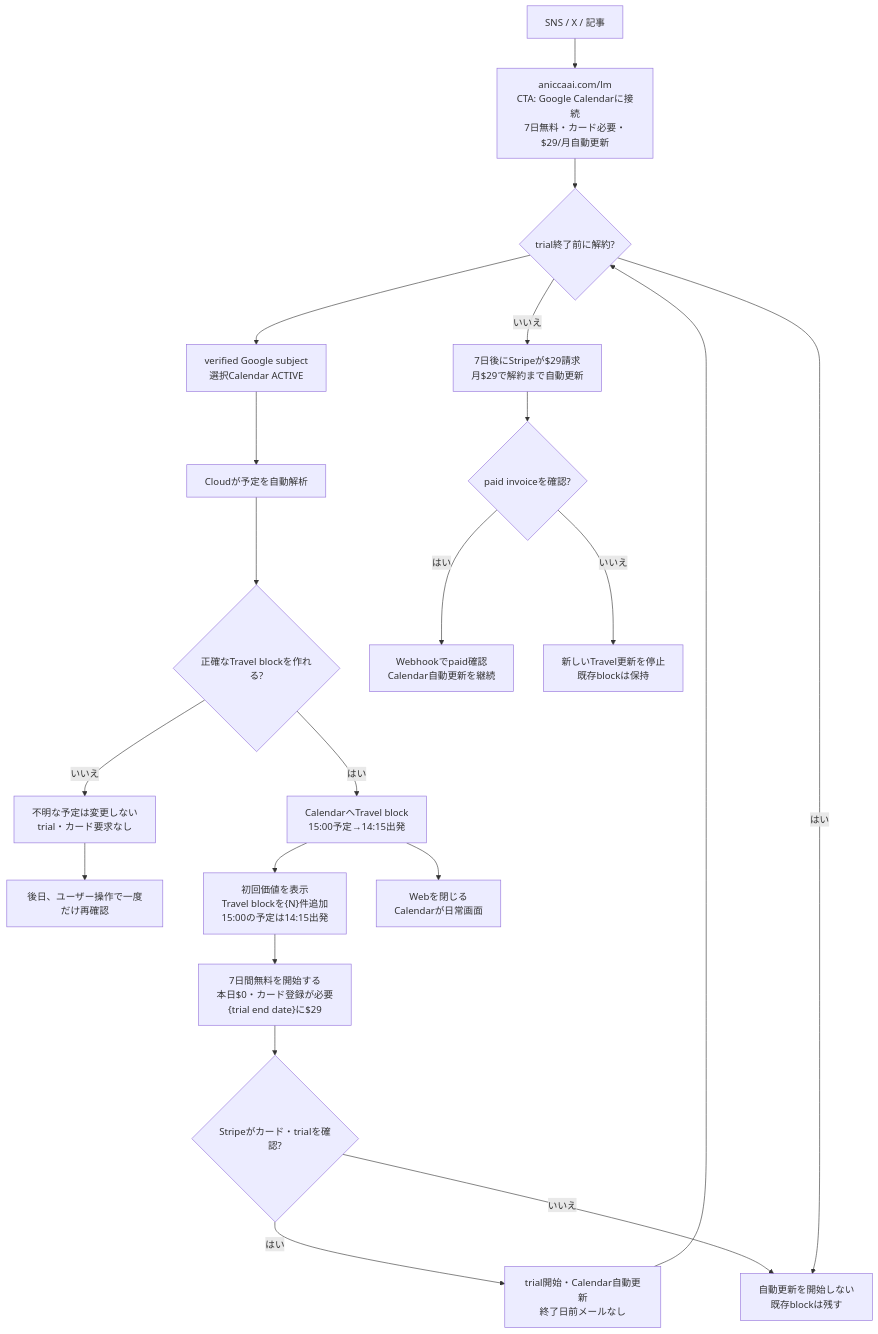
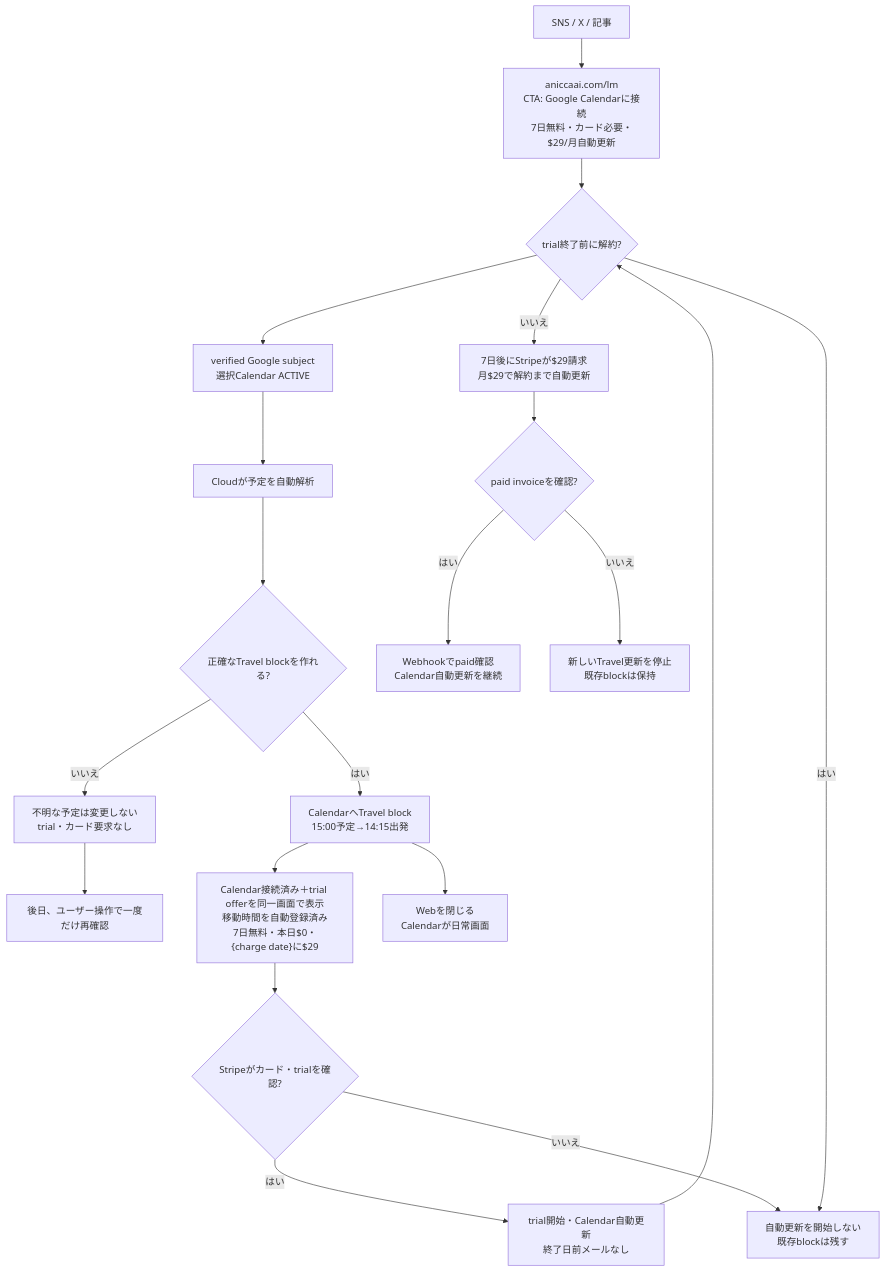
The diagram in docs/superpowers/specs/2026-10-06-life-manager-web-first-travel-design.md (Daisuke134/life-manager), drawn with Mermaid before and after one commit. The commit also changed other lines of this file and 1 other file, not shown here.

````diff
--- a/docs/superpowers/specs/2026-10-06-life-manager-web-first-travel-design.md
+++ b/docs/superpowers/specs/2026-10-06-life-manager-web-first-travel-design.md
@@ -99,23 +99,22 @@
 ```mermaid
 flowchart TD
     A["SNS / X / 記事"] --> B["aniccaai.com/lm<br/>CTA: Google Calendarに接続<br/>7日無料・カード必要・$29/月自動更新"]
     B --> C["Googleで本人確認<br/>Calendar権限を許可"]
     C --> D["verified Google subject<br/>選択Calendar ACTIVE"]
     D --> E["Cloudが予定を自動解析"]
     E --> F{"正確なTravel blockを作れる?"}
     F -- "はい" --> G["CalendarへTravel block<br/>15:00予定→14:15出発"]
     F -- "いいえ" --> Z["不明な予定は変更しない<br/>trial・カード要求なし"]
     Z --> R["後日、ユーザー操作で一度だけ再確認"]
-    G --> H["初回価値を表示<br/>Travel blockを{N}件追加<br/>15:00の予定は14:15出発"]
-    H --> I["7日間無料を開始する<br/>本日$0・カード登録が必要<br/>{trial end date}に$29"]
-    I --> J{"Stripeがカード・trialを確認?"}
+    G --> H["Calendar接続済み＋trial offerを同一画面で表示<br/>移動時間を自動登録済み<br/>7日無料・本日$0・{charge date}に$29"]
+    H --> J{"Stripeがカード・trialを確認?"}
     J -- "はい" --> K["trial開始・Calendar自動更新<br/>終了日前メールなし"]
     J -- "いいえ" --> L["自動更新を開始しない<br/>既存blockは残す"]
     K --> C{"trial終了前に解約?"}
     C -- "はい" --> L
     C -- "いいえ" --> M["7日後にStripeが$29請求<br/>月$29で解約まで自動更新"]
     M --> N{"paid invoiceを確認?"}
     N -- "はい" --> O["Webhookでpaid確認<br/>Calendar自動更新を継続"]
     N -- "いいえ" --> P["新しいTravel更新を停止<br/>既存blockは保持"]
     G --> Q["Webを閉じる<br/>Calendarが日常画面"]
 ```
````
